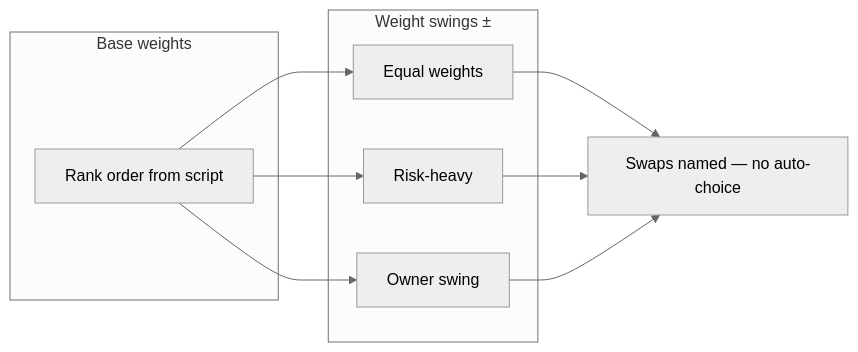
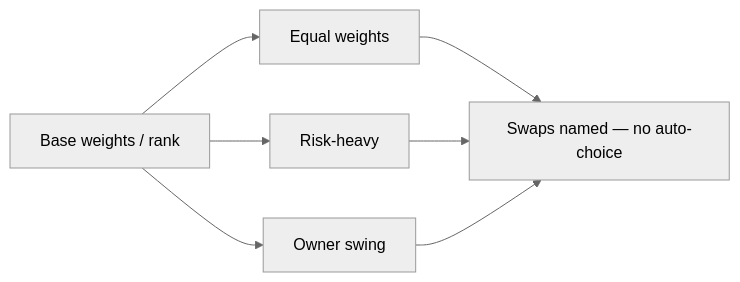
Before and after one commit to curatedhealth/vital-expert-marketplace: the diagram in vital-navigator-outcomes/skills/design-decision-exhibits/assets/sensitivity-tornado.md, drawn with Mermaid. The commit also changed other lines of this file and 61 other files, not shown here.

````diff
--- a/vital-navigator-outcomes/skills/design-decision-exhibits/assets/sensitivity-tornado.md
+++ b/vital-navigator-outcomes/skills/design-decision-exhibits/assets/sensitivity-tornado.md
@@ -25,18 +25,10 @@
 ```mermaid
 %%{init: {'theme': 'neutral'}}%%
 flowchart LR
-  subgraph Base["Base weights"]
-    B1[Rank order from script]
-  end
-  subgraph Swings["Weight swings ±"]
-    S1[Equal weights]
-    S2[Risk-heavy]
-    S3[Owner swing]
-  end
-  B1 --> S1
-  B1 --> S2
-  B1 --> S3
-  S1 --> Out[Swaps named — no auto-choice]
-  S2 --> Out
-  S3 --> Out
+  B[Base weights / rank] --> E[Equal weights]
+  B --> R[Risk-heavy]
+  B --> O[Owner swing]
+  E --> Out[Swaps named — no auto-choice]
+  R --> Out
+  O --> Out
 ```
````
